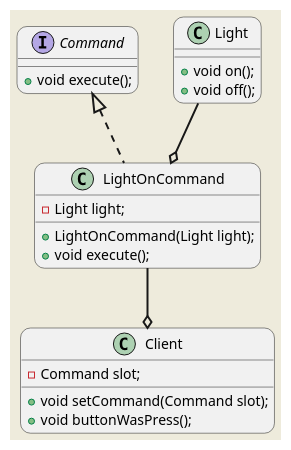
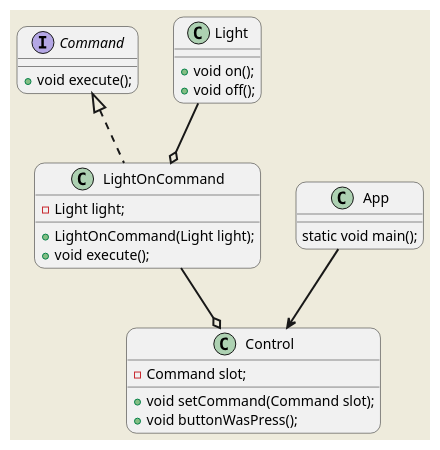
The diagram in notebook/javaer/设计模式/uml/1.命令模式.wsd (twfx7758/blchina), drawn with PlantUML before and after one commit.

Commit message:
命令模式

```diff
--- a/notebook/javaer/设计模式/uml/1.命令模式.wsd
+++ b/notebook/javaer/设计模式/uml/1.命令模式.wsd
@@ -1,36 +1,43 @@
 @startuml
 
 'skinparam packageStyle rect
 skinparam backgroundColor #EEEBDC
 skinparam roundcorner 20
 skinparam sequenceArrowThickness 2
 'skinparam handwritten true
 
 interface Command{
     +void execute();
 }
 
 class Light{
     +void on();
     +void off();
 }
 
 class LightOnCommand{
     -Light light;
     +LightOnCommand(Light light);
     +void execute();
 }
 
 Command <|.. LightOnCommand
 Light --o LightOnCommand
 
-class Client { 
+class Control {
+
     -Command slot;
 
     +void setCommand(Command slot);
     +void buttonWasPress();
 }
 
-LightOnCommand --o Client
+LightOnCommand --o Control
+
+class App{
+    static void main();
+}
+
+App --> Control
 
 @enduml
```
